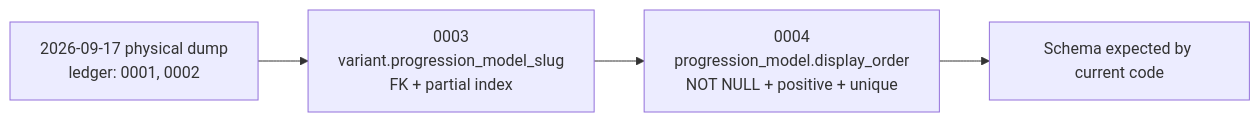
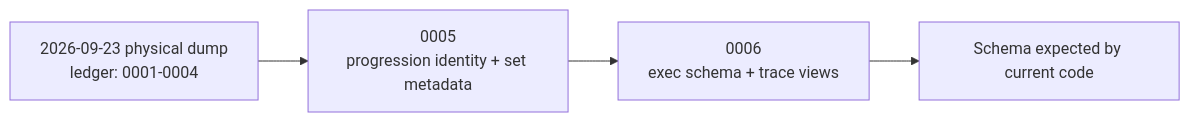
Before and after one commit to 0x41gawor/agonez: the diagram in __docs__/database/schema-overview.md, drawn with Mermaid. The commit also changed other lines of this file and 43 other files, not shown here.

````diff
--- a/__docs__/database/schema-overview.md
+++ b/__docs__/database/schema-overview.md
@@ -91,9 +95,9 @@
 ```mermaid
 flowchart LR
-    Dump["2026-09-17 physical dump\nledger: 0001, 0002"]
-    M3["0003\nvariant.progression_model_slug\nFK + partial index"]
-    M4["0004\nprogression_model.display_order\nNOT NULL + positive + unique"]
+    Dump["2026-09-23 physical dump\nledger: 0001-0004"]
+    M5["0005\nprogression identity + set metadata"]
+    M6["0006\nexec schema + trace views"]
     Expected["Schema expected by current code"]
 
-    Dump --> M3 --> M4 --> Expected
+    Dump --> M5 --> M6 --> Expected
 ```
````
